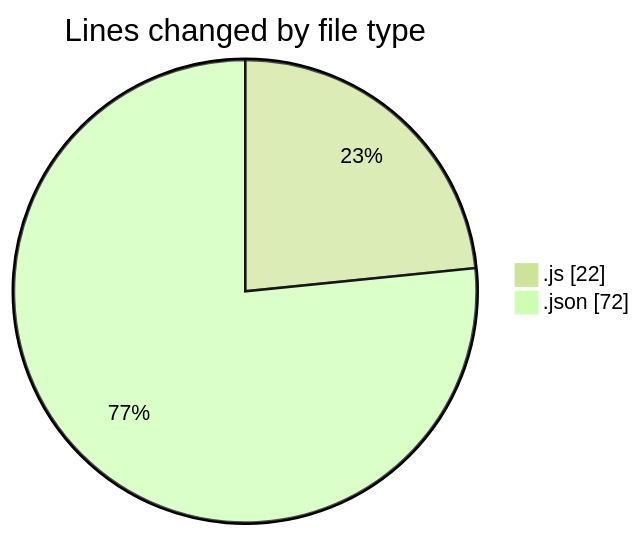
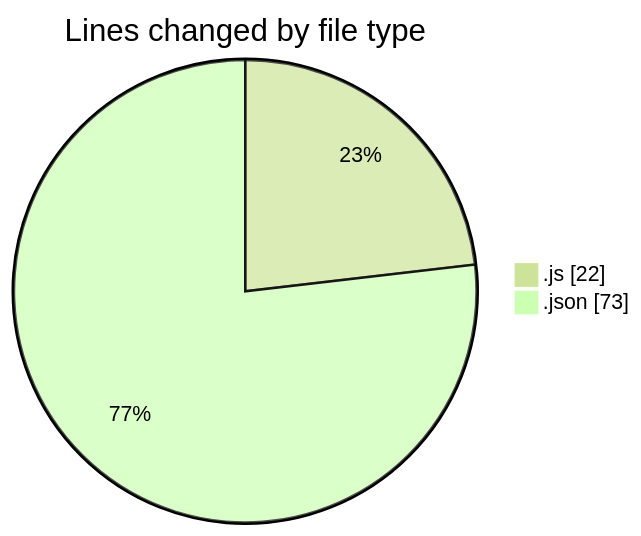
One commit to momahboobian/code-tracking changed the first of 2 diagrams in 2025-01-31/cda/README.md. Above: the diagram before and after it, drawn with Mermaid (forest theme). The commit also changed other lines of this file and 1 other file, not shown here.

````diff
--- a/2025-01-31/cda/README.md
+++ b/2025-01-31/cda/README.md
@@ -21,6 +21,6 @@
 ```mermaid
 pie showData
 title Lines changed by file type
 ".js" : 22
-".json" : 72
+".json" : 73
 ```
````
